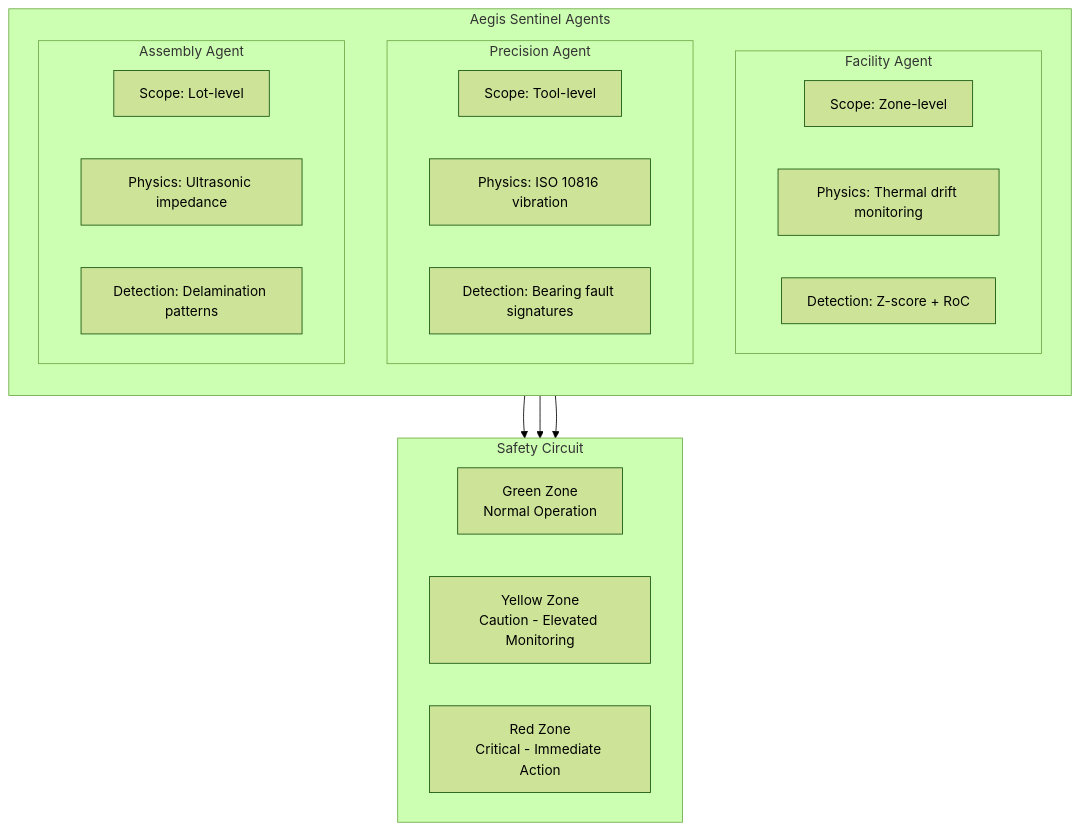
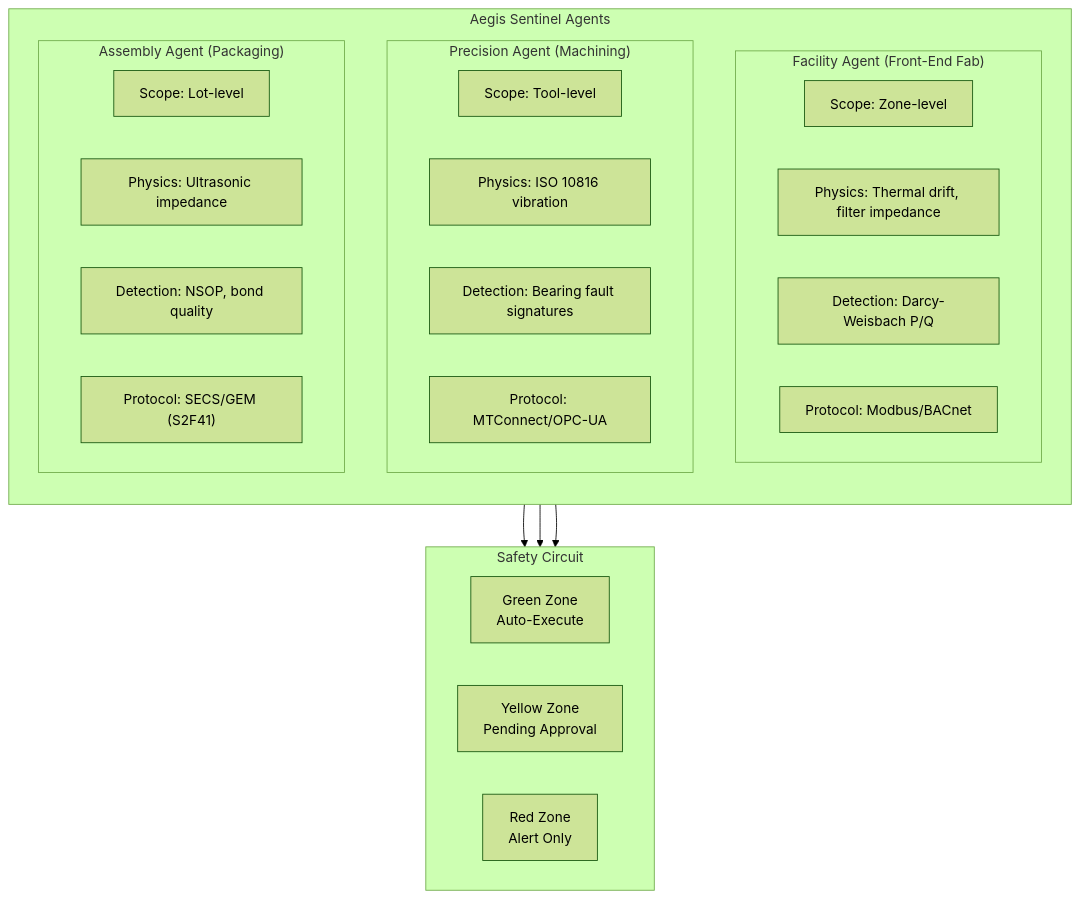
One commit to AngelP17/YieldOps changed the second of 20 diagrams in Architecture.md. Above: the diagram before and after it, drawn with Mermaid (forest theme). The commit also changed other lines of this file and 5 other files, not shown here.

````diff
--- a/Architecture.md
+++ b/Architecture.md
@@ -209,34 +219,37 @@
 ```mermaid
 flowchart TB
     subgraph AegisAgents["Aegis Sentinel Agents"]
         direction TB
         
-        subgraph Facility["Facility Agent"]
+        subgraph Facility["Facility Agent (Front-End Fab)"]
             F1["Scope: Zone-level"]
-            F2["Physics: Thermal drift monitoring"]
-            F3["Detection: Z-score + RoC"]
+            F2["Physics: Thermal drift, filter impedance"]
+            F3["Detection: Darcy-Weisbach P/Q"]
+            F4["Protocol: Modbus/BACnet"]
         end
         
-        subgraph Precision["Precision Agent"]
+        subgraph Precision["Precision Agent (Machining)"]
             P1["Scope: Tool-level"]
             P2["Physics: ISO 10816 vibration"]
             P3["Detection: Bearing fault signatures"]
+            P4["Protocol: MTConnect/OPC-UA"]
         end
         
-        subgraph Assembly["Assembly Agent"]
+        subgraph Assembly["Assembly Agent (Packaging)"]
             A1["Scope: Lot-level"]
             A2["Physics: Ultrasonic impedance"]
-            A3["Detection: Delamination patterns"]
+            A3["Detection: NSOP, bond quality"]
+            A4["Protocol: SECS/GEM (S2F41)"]
         end
     end
     
     subgraph Safety["Safety Circuit"]
-        Green["Green Zone<br/>Normal Operation"]
-        Yellow["Yellow Zone<br/>Caution - Elevated Monitoring"]
-        Red["Red Zone<br/>Critical - Immediate Action"]
+        Green["Green Zone<br/>Auto-Execute"]
+        Yellow["Yellow Zone<br/>Pending Approval"]
+        Red["Red Zone<br/>Alert Only"]
     end
     
     Facility --> Safety
     Precision --> Safety
     Assembly --> Safety
 ```
````
